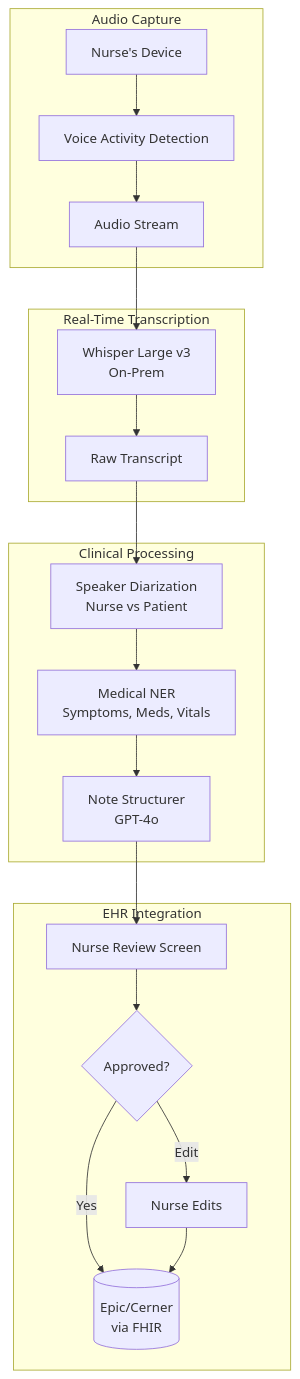
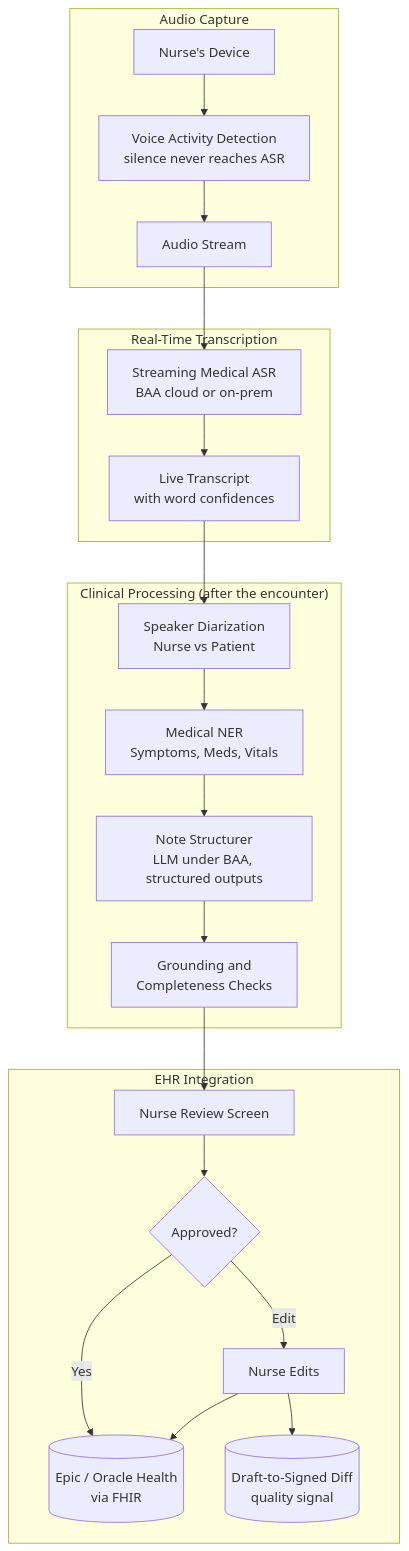
One commit to ChiHoc/ai-system-design-guide-zh changed the first of 2 diagrams in 16-case-studies/13-voice-ai-healthcare.md. Above: the diagram before and after it, drawn with Mermaid. The commit also changed other lines of this file and 149 other files, not shown here.

````diff
--- a/16-case-studies/13-voice-ai-healthcare.md
+++ b/16-case-studies/13-voice-ai-healthcare.md
@@ -24,26 +27,28 @@
 ```mermaid
 flowchart TB
     subgraph Capture["Audio Capture"]
-        MIC[Nurse's Device] --> VAD[Voice Activity Detection]
+        MIC[Nurse's Device] --> VAD[Voice Activity Detection<br/>silence never reaches ASR]
         VAD --> STREAM[Audio Stream]
     end
 
     subgraph Transcription["Real-Time Transcription"]
-        STREAM --> ASR[Whisper Large v3<br/>On-Prem]
-        ASR --> RAW[Raw Transcript]
+        STREAM --> ASR[Streaming Medical ASR<br/>BAA cloud or on-prem]
+        ASR --> RAW[Live Transcript<br/>with word confidences]
     end
 
-    subgraph Processing["Clinical Processing"]
+    subgraph Processing["Clinical Processing (after the encounter)"]
         RAW --> DIARIZE[Speaker Diarization<br/>Nurse vs Patient]
         DIARIZE --> NER[Medical NER<br/>Symptoms, Meds, Vitals]
-        NER --> STRUCTURE[Note Structurer<br/>GPT-4o]
+        NER --> STRUCTURE[Note Structurer<br/>LLM under BAA, structured outputs]
+        STRUCTURE --> CHECK[Grounding and<br/>Completeness Checks]
     end
 
     subgraph Output["EHR Integration"]
-        STRUCTURE --> REVIEW[Nurse Review Screen]
+        CHECK --> REVIEW[Nurse Review Screen]
         REVIEW --> APPROVE{Approved?}
-        APPROVE -->|Yes| EHR[(Epic/Cerner<br/>via FHIR)]
+        APPROVE -->|Yes| EHR[(Epic / Oracle Health<br/>via FHIR)]
         APPROVE -->|Edit| EDIT[Nurse Edits]
         EDIT --> EHR
+        EDIT --> DIFF[(Draft-to-Signed Diff<br/>quality signal)]
     end
 ```
````
